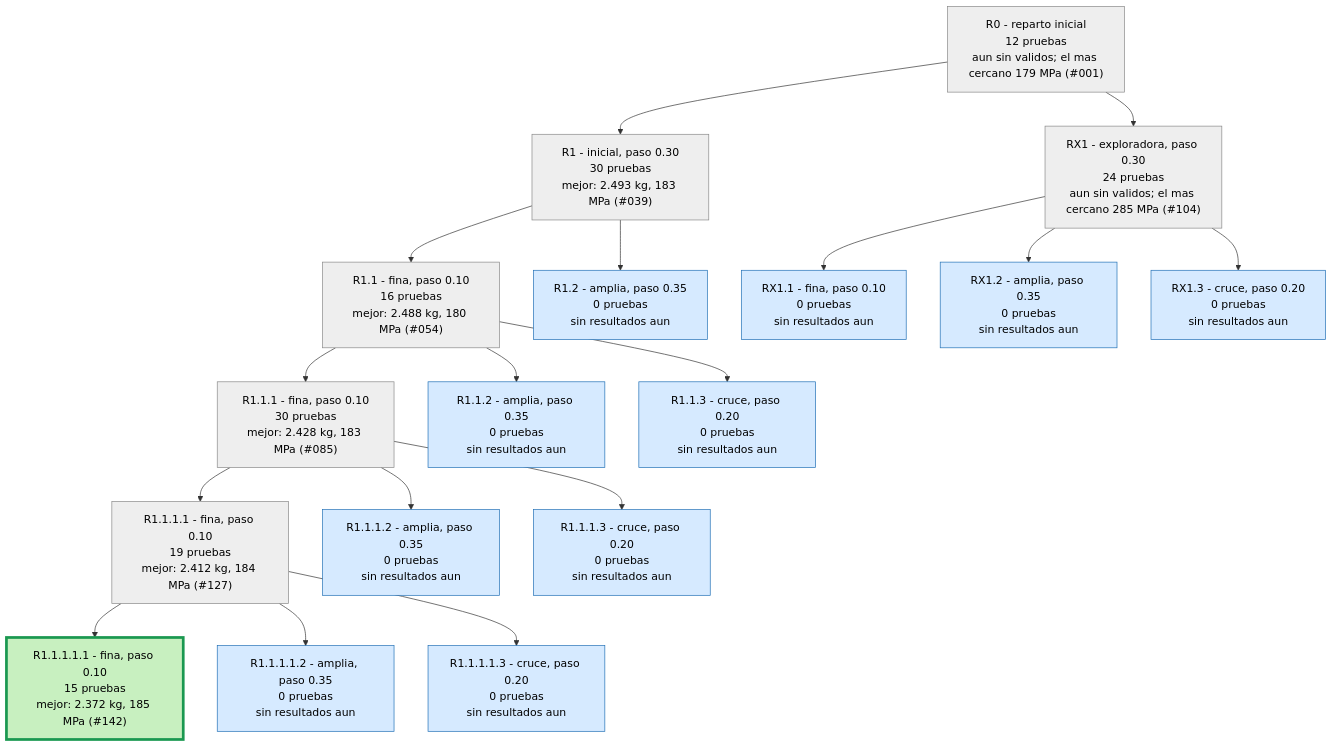
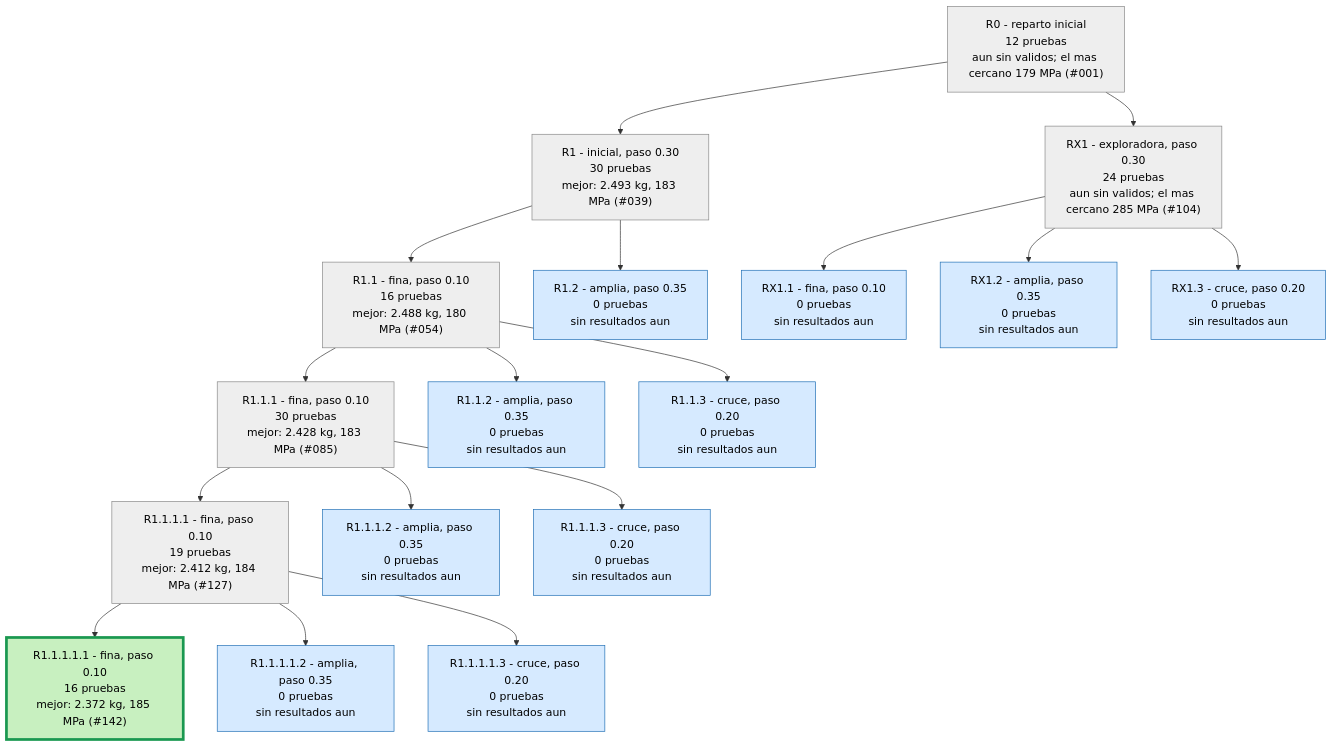
Before and after one commit to Hugiko/msd-soporte-optimizacion: the second of 3 diagrams in runs/opt_37800N/ARBOL.md, drawn with Mermaid. The commit also changed 25 other files, not shown here.

````diff
--- a/runs/opt_37800N/ARBOL.md
+++ b/runs/opt_37800N/ARBOL.md
@@ -29,39 +29,39 @@
 ```mermaid
 graph TD
 classDef activa fill:#d6eaff,stroke:#1f6fb5,color:#000
 classDef fin fill:#eeeeee,stroke:#888,color:#000
 classDef mejor fill:#c8f0c0,stroke:#1a9850,stroke-width:4px,color:#000
 R0["R0 - reparto inicial<br/>12 pruebas<br/>aun sin validos; el mas cercano 179 MPa (#001)"]:::fin
 R1["R1 - inicial, paso 0.30<br/>30 pruebas<br/>mejor: 2.493 kg, 183 MPa (#039)"]:::fin
 R0 --> R1
 R1_1["R1.1 - fina, paso 0.10<br/>16 pruebas<br/>mejor: 2.488 kg, 180 MPa (#054)"]:::fin
 R1 --> R1_1
 R1_2["R1.2 - amplia, paso 0.35<br/>0 pruebas<br/>sin resultados aun"]:::activa
 R1 --> R1_2
 R1_1_1["R1.1.1 - fina, paso 0.10<br/>30 pruebas<br/>mejor: 2.428 kg, 183 MPa (#085)"]:::fin
 R1_1 --> R1_1_1
 R1_1_2["R1.1.2 - amplia, paso 0.35<br/>0 pruebas<br/>sin resultados aun"]:::activa
 R1_1 --> R1_1_2
 R1_1_3["R1.1.3 - cruce, paso 0.20<br/>0 pruebas<br/>sin resultados aun"]:::activa
 R1_1 --> R1_1_3
 R1_1_1_1["R1.1.1.1 - fina, paso 0.10<br/>19 pruebas<br/>mejor: 2.412 kg, 184 MPa (#127)"]:::fin
 R1_1_1 --> R1_1_1_1
 R1_1_1_2["R1.1.1.2 - amplia, paso 0.35<br/>0 pruebas<br/>sin resultados aun"]:::activa
 R1_1_1 --> R1_1_1_2
 R1_1_1_3["R1.1.1.3 - cruce, paso 0.20<br/>0 pruebas<br/>sin resultados aun"]:::activa
 R1_1_1 --> R1_1_1_3
 RX1["RX1 - exploradora, paso 0.30<br/>24 pruebas<br/>aun sin validos; el mas cercano 285 MPa (#104)"]:::fin
 R0 --> RX1
 RX1_1["RX1.1 - fina, paso 0.10<br/>0 pruebas<br/>sin resultados aun"]:::activa
 RX1 --> RX1_1
 RX1_2["RX1.2 - amplia, paso 0.35<br/>0 pruebas<br/>sin resultados aun"]:::activa
 RX1 --> RX1_2
 RX1_3["RX1.3 - cruce, paso 0.20<br/>0 pruebas<br/>sin resultados aun"]:::activa
 RX1 --> RX1_3
-R1_1_1_1_1["R1.1.1.1.1 - fina, paso 0.10<br/>15 pruebas<br/>mejor: 2.372 kg, 185 MPa (#142)"]:::mejor
+R1_1_1_1_1["R1.1.1.1.1 - fina, paso 0.10<br/>16 pruebas<br/>mejor: 2.372 kg, 185 MPa (#142)"]:::mejor
 R1_1_1_1 --> R1_1_1_1_1
 R1_1_1_1_2["R1.1.1.1.2 - amplia, paso 0.35<br/>0 pruebas<br/>sin resultados aun"]:::activa
 R1_1_1_1 --> R1_1_1_1_2
 R1_1_1_1_3["R1.1.1.1.3 - cruce, paso 0.20<br/>0 pruebas<br/>sin resultados aun"]:::activa
 R1_1_1_1 --> R1_1_1_1_3
 ```
````
